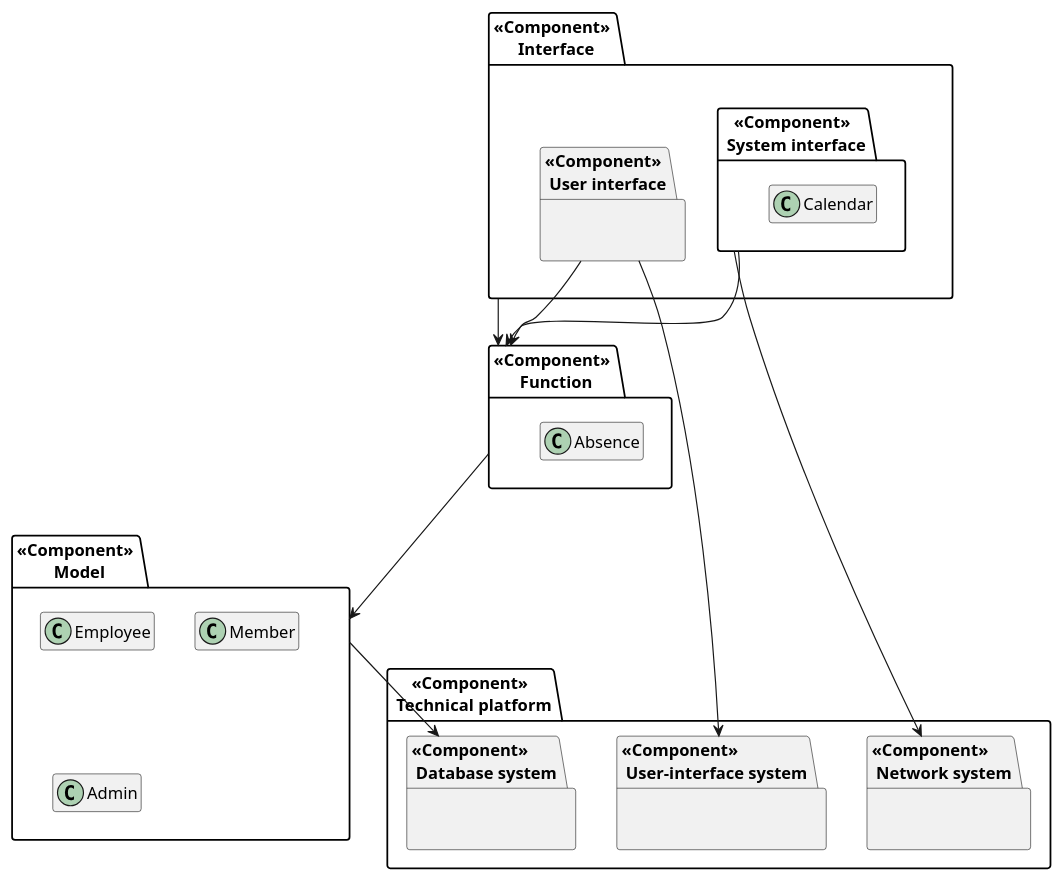
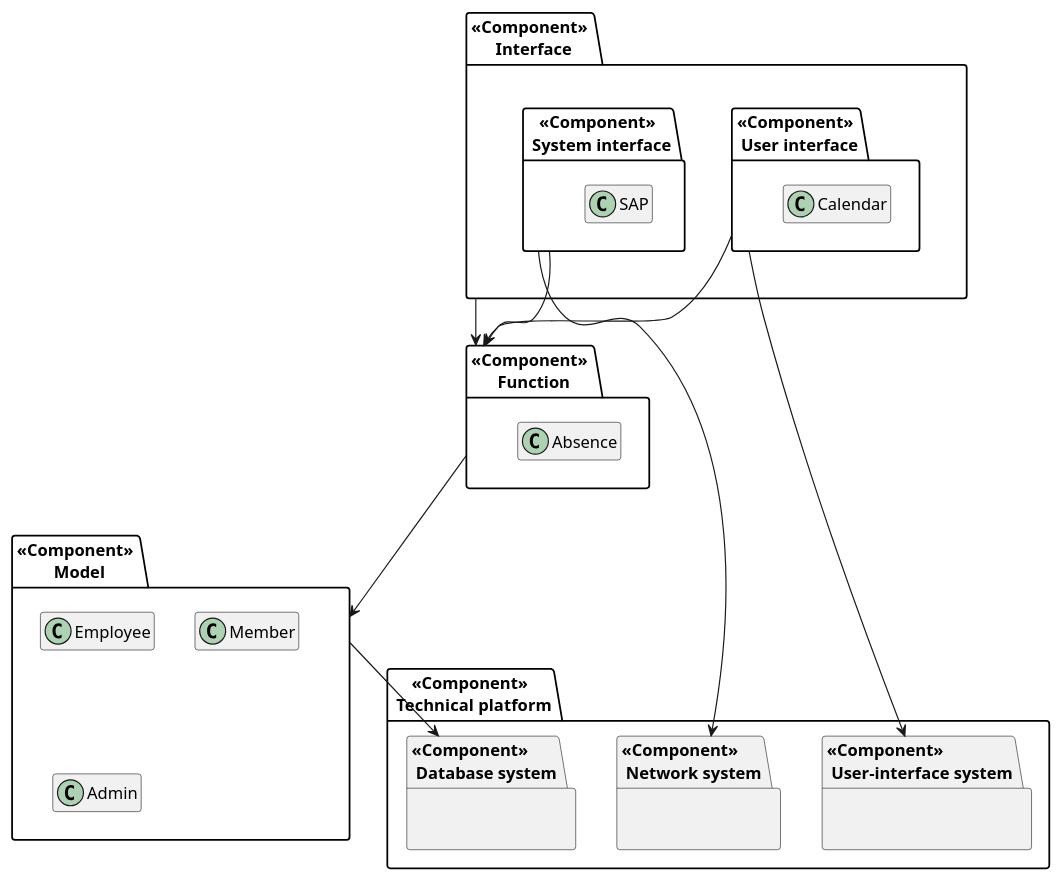
The diagram in uml/component_diagram.puml (cs-24-sw-3-01/p3), drawn with PlantUML before and after one commit.

Commit message:
added SAP class

```diff
--- a/uml/component_diagram.puml
+++ b/uml/component_diagram.puml
@@ -1,65 +1,66 @@
 @startuml component_diagram
 top to bottom direction
 hide empty methods
 hide empty members
 
 package "<<Component>> \n Interface" {
     package "<<Component>> \n System interface"{
-     class Calendar {}
-
+        class SAP {}
     }
     package "<<Component>> \n User interface"{
-       
+        class Calendar {}
 
     }
 
 }
 
+
+
 package "<<Component>> \n Function" {
     class Absence {}
-    
+
 
 }
 package "<<Component>> \n Model" {
     class Employee {}
 
     class Member {}
 
     class Admin {}
 
 
 }
 
 package "<<Component>> \n Technical platform"{
     package "<<Component>> \n Database system"{
 
     }
 
     package "<<Component>> \n User-interface system"{
 
     }
 
     package "<<Component>> \n Network system"{
 
     }
 
 
 
 
 }
 
 "<<Component>> \n Model" --> "<<Component>> \n Database system"
 "<<Component>> \n System interface" --> "<<Component>> \n Function"
 "<<Component>> \n System interface" --> "<<Component>> \n Network system"
 
 "<<Component>> \n User interface" --> "<<Component>> \n User-interface system"
 "<<Component>> \n User interface" --> "<<Component>> \n Function"
 
 
 "<<Component>> \n Interface" --> "<<Component>> \n Function"
 
 "<<Component>> \n Function" --> "<<Component>> \n Model"
 
 
 
 @enduml
```
